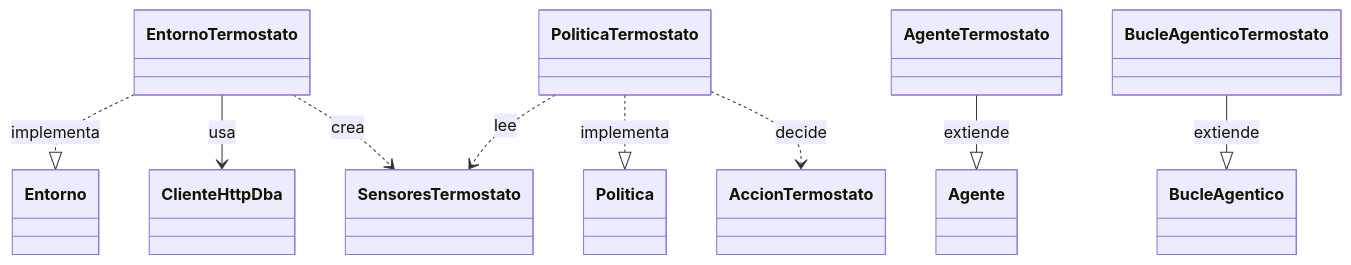
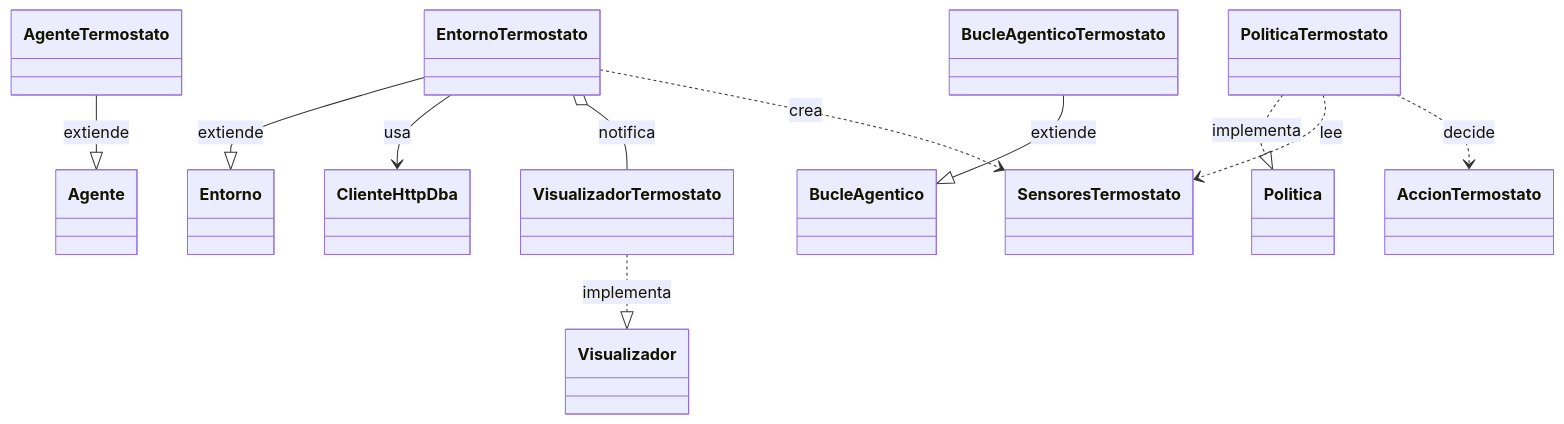
Before and after one commit to leemon22/DBApractica2: the second of 3 diagrams in README.md, drawn with Mermaid. The commit also changed other lines of this file and 25 other files, not shown here.

````diff
--- a/README.md
+++ b/README.md
@@ -206,11 +215,13 @@
 ```mermaid
 classDiagram
-    EntornoTermostato ..|> Entorno : implementa
+    EntornoTermostato --|> Entorno : extiende
     PoliticaTermostato ..|> Politica : implementa
+    VisualizadorTermostato ..|> Visualizador : implementa
     AgenteTermostato --|> Agente : extiende
     BucleAgenticoTermostato --|> BucleAgentico : extiende
     EntornoTermostato --> ClienteHttpDba : usa
+    EntornoTermostato o-- VisualizadorTermostato : notifica
     EntornoTermostato ..> SensoresTermostato : crea
     PoliticaTermostato ..> SensoresTermostato : lee
     PoliticaTermostato ..> AccionTermostato : decide
 ```
````
